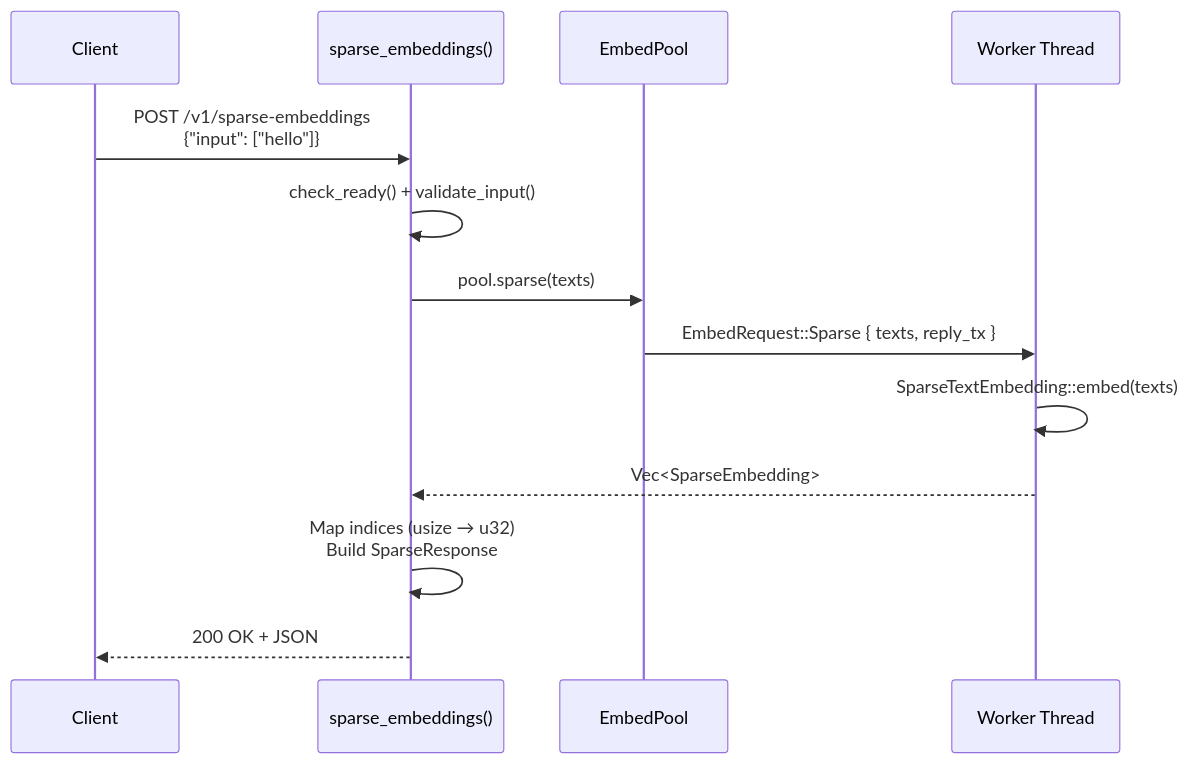
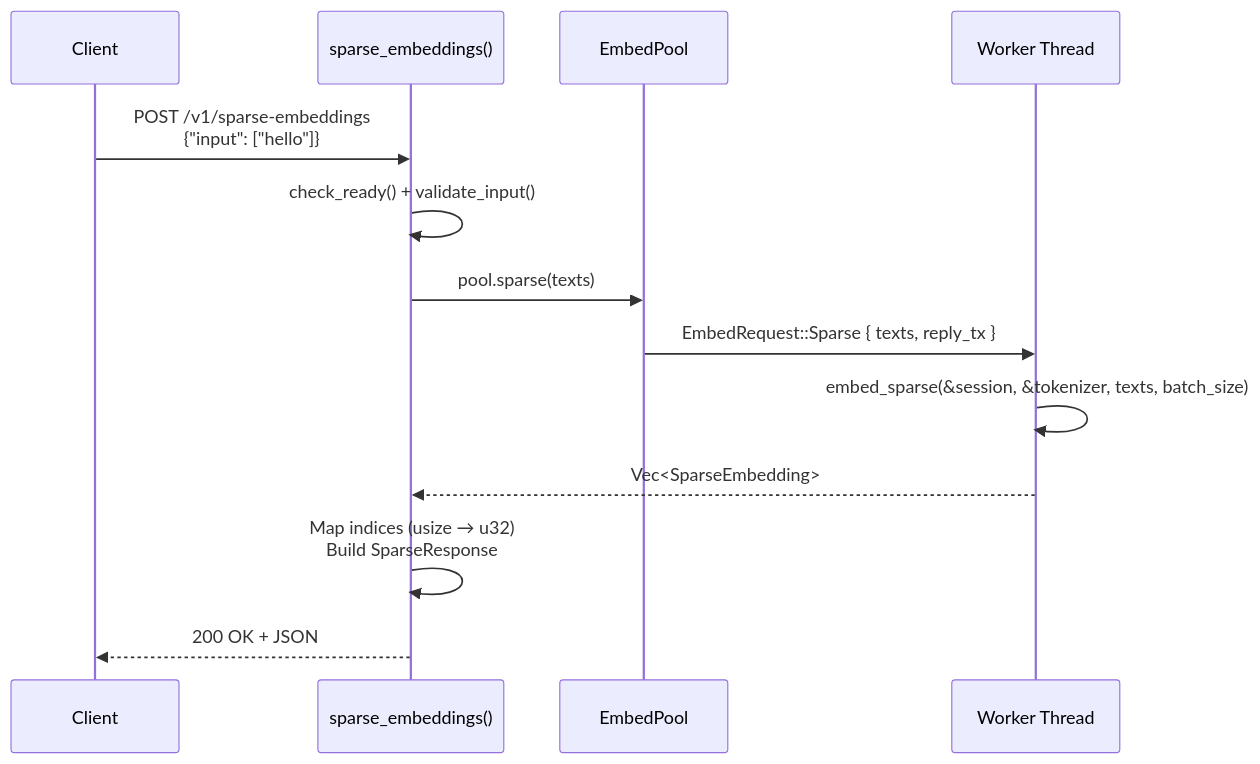
Before and after one commit to Fulton-Engineering-Services/bge-m3-embedding-server: the second of 4 diagrams in docs/request-flow.md, drawn with Mermaid. The commit also changed other lines of this file and 3 other files, not shown here.

````diff
--- a/docs/request-flow.md
+++ b/docs/request-flow.md
@@ -68,20 +68,20 @@
 ```mermaid
 sequenceDiagram
     participant Client
     participant Handler as sparse_embeddings()
     participant Pool as EmbedPool
     participant Worker as Worker Thread
 
     Client->>Handler: POST /v1/sparse-embeddings<br/>{"input": ["hello"]}
 
     Handler->>Handler: check_ready() + validate_input()
 
     Handler->>Pool: pool.sparse(texts)
     Pool->>Worker: EmbedRequest::Sparse { texts, reply_tx }
 
-    Worker->>Worker: SparseTextEmbedding::embed(texts)
+    Worker->>Worker: embed_sparse(&session, &tokenizer, texts, batch_size)
     Worker-->>Handler: Vec<SparseEmbedding>
 
     Handler->>Handler: Map indices (usize → u32)<br/>Build SparseResponse
     Handler-->>Client: 200 OK + JSON
 ```
````
